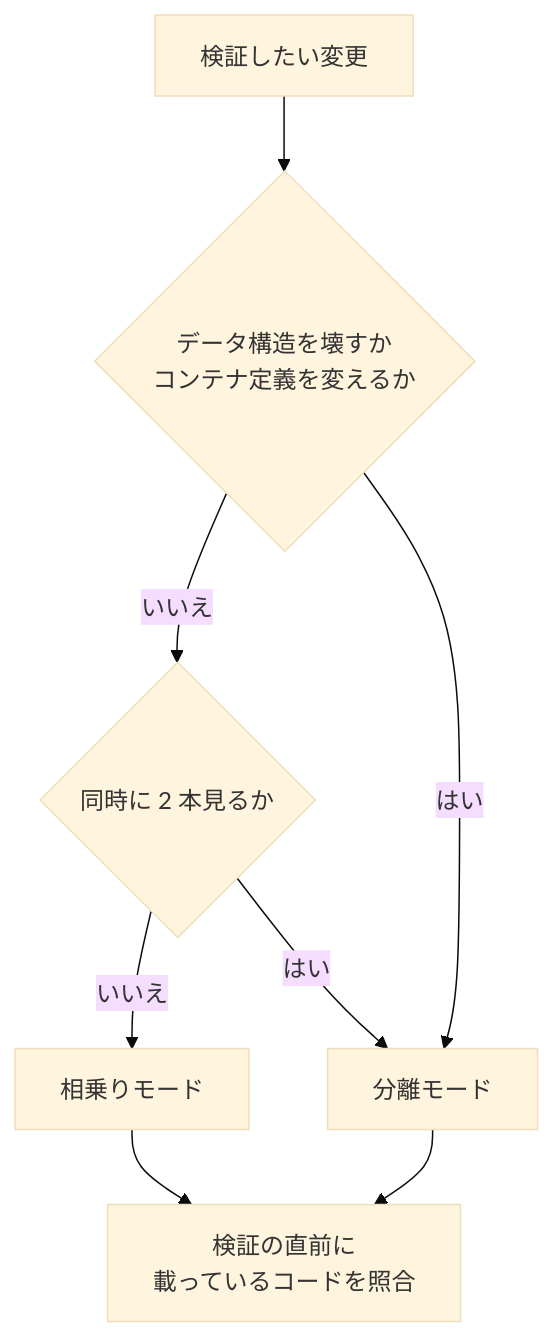
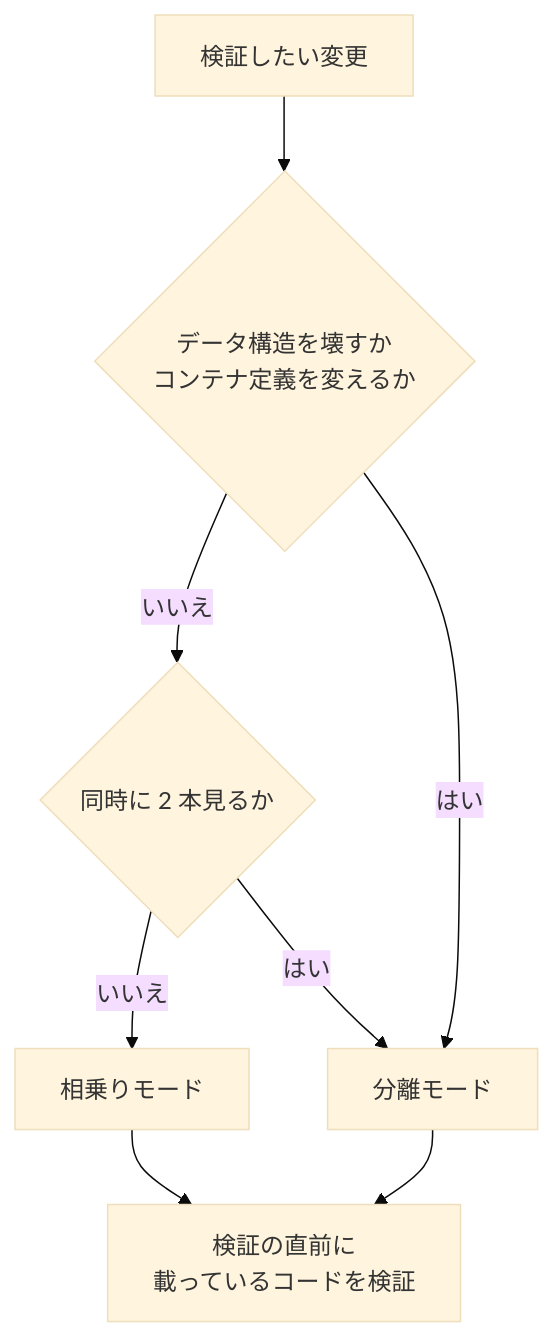
Before and after one commit to devbasex/ai-plugins: the diagram in plugins/ndf/skills/worktree/references/local-environment.md, drawn with Mermaid (base theme). The commit also changed other lines of this file and 3010 other files, not shown here.

````diff
--- a/plugins/ndf/skills/worktree/references/local-environment.md
+++ b/plugins/ndf/skills/worktree/references/local-environment.md
@@ -26,10 +26,10 @@
 ```mermaid
 flowchart TD
     A[検証したい変更] --> B{データ構造を壊すか<br/>コンテナ定義を変えるか}
     B -->|いいえ| C{同時に 2 本見るか}
     B -->|はい| E[分離モード]
     C -->|いいえ| D[相乗りモード]
     C -->|はい| E
-    D --> F[検証の直前に<br/>載っているコードを照合]
+    D --> F[検証の直前に<br/>載っているコードを検証]
     E --> F
 ```
````
